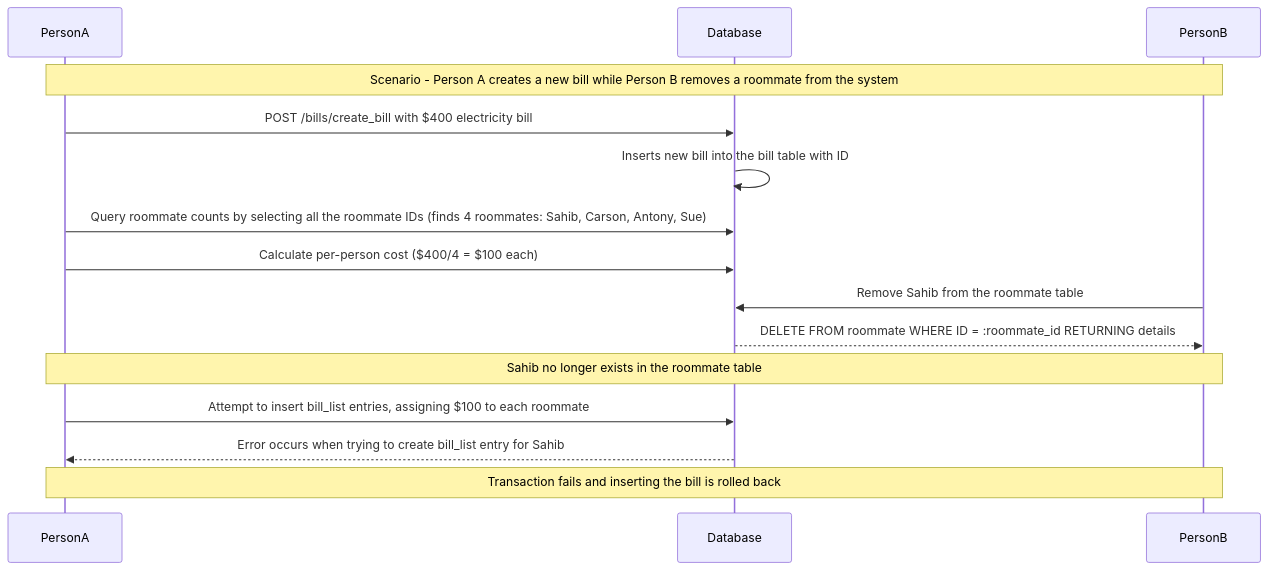
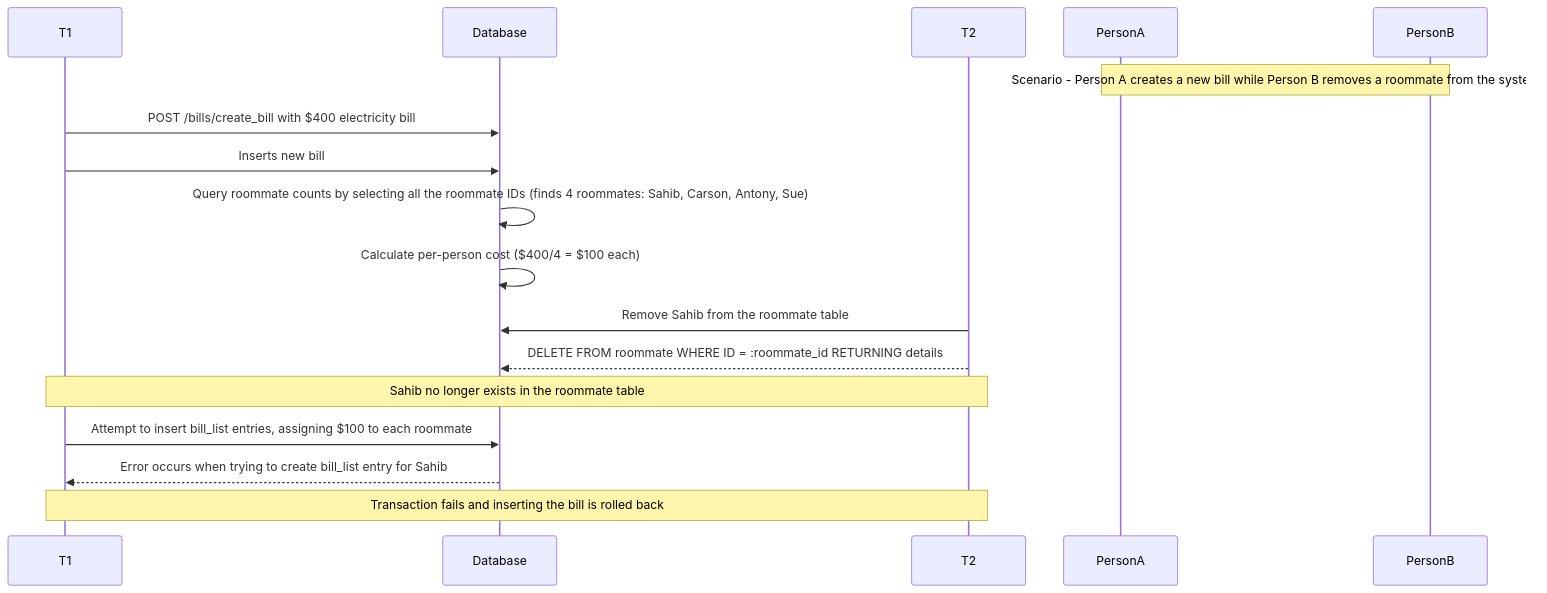
The first of 2 diagrams in docs/concurrency.md (s6hib/Chore-Tracker-API), drawn with Mermaid before and after one commit.

Commit message:
rename to T1 and T2

````diff
--- a/docs/concurrency.md
+++ b/docs/concurrency.md
@@ -18,18 +18,18 @@
 ``` mermaid
 sequenceDiagram
-    participant PersonA
+    participant T1
     participant Database
-    participant PersonB
+    participant T2
 
     Note over PersonA, PersonB: Scenario - Person A creates a new bill while Person B removes a roommate from the system
-    PersonA->>Database: POST /bills/create_bill with $400 electricity bill
-    Database->>Database: Inserts new bill into the bill table with ID #14
-    PersonA->>Database: Query roommate counts by selecting all the roommate IDs (finds 4 roommates: Sahib, Carson, Antony, Sue)
-    PersonA->>Database: Calculate per-person cost ($400/4 = $100 each)
-    PersonB->>Database: Remove Sahib from the roommate table
-    Database-->>PersonB: DELETE FROM roommate WHERE ID = :roommate_id RETURNING details
-    Note over PersonA, PersonB: Sahib no longer exists in the roommate table
-    PersonA->>Database: Attempt to insert bill_list entries, assigning $100 to each roommate
-    Database-->>PersonA: Error occurs when trying to create bill_list entry for Sahib
-    Note over PersonA, PersonB: Transaction fails and inserting the bill is rolled back
+    T1->>Database: POST /bills/create_bill with $400 electricity bill
+    T1->>Database: Inserts new bill # 14 into the bill table
+    Database->>Database: Query roommate counts by selecting all the roommate IDs (finds 4 roommates: Sahib, Carson, Antony, Sue)
+    Database->>Database: Calculate per-person cost ($400/4 = $100 each)
+    T2->>Database: Remove Sahib from the roommate table
+    T2-->>Database: DELETE FROM roommate WHERE ID = :roommate_id RETURNING details
+    Note over T1, T2: Sahib no longer exists in the roommate table
+    T1->>Database: Attempt to insert bill_list entries, assigning $100 to each roommate
+    Database-->>T1: Error occurs when trying to create bill_list entry for Sahib
+    Note over T1, T2: Transaction fails and inserting the bill is rolled back
 ```
````
